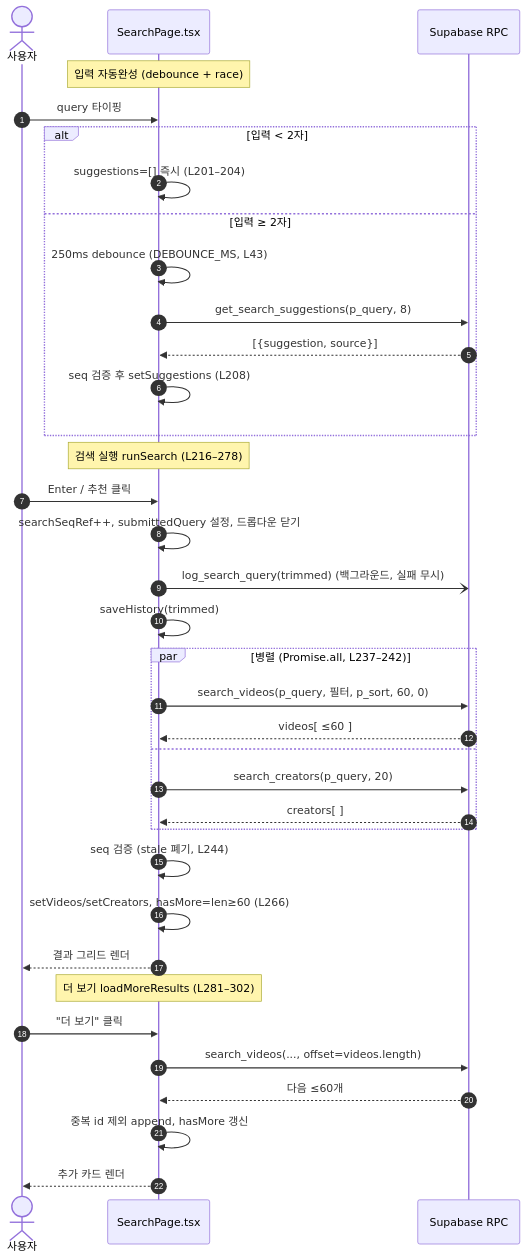
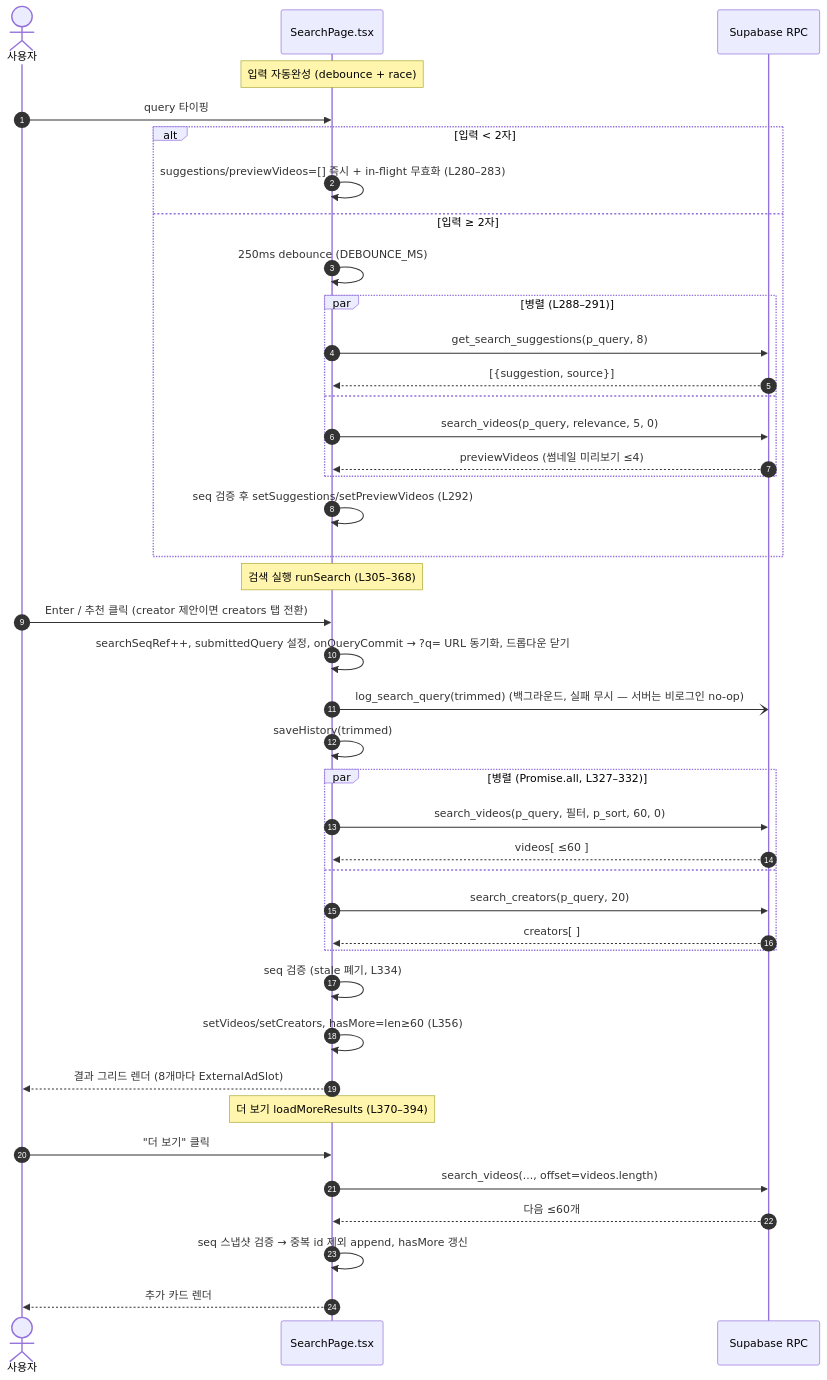
One commit to crebiz-commits/ai-v-market changed the first of 3 diagrams in docs/prd/04-search-detail-licensing.md. Above: the diagram before and after it, drawn with Mermaid. The commit also changed other lines of this file and 10 other files, not shown here.

````diff
--- a/docs/prd/04-search-detail-licensing.md
+++ b/docs/prd/04-search-detail-licensing.md
@@ -405,41 +463,46 @@
 ```mermaid
 sequenceDiagram
     autonumber
     actor U as 사용자
     participant SP as SearchPage.tsx
     participant RPC as Supabase RPC
 
     Note over SP: 입력 자동완성 (debounce + race)
     U->>SP: query 타이핑
     alt 입력 < 2자
-        SP->>SP: suggestions=[] 즉시 (L201–204)
+        SP->>SP: suggestions/previewVideos=[] 즉시 + in-flight 무효화 (L280–283)
     else 입력 ≥ 2자
-        SP->>SP: 250ms debounce (DEBOUNCE_MS, L43)
-        SP->>RPC: get_search_suggestions(p_query, 8)
-        RPC-->>SP: [{suggestion, source}]
-        SP->>SP: seq 검증 후 setSuggestions (L208)
+        SP->>SP: 250ms debounce (DEBOUNCE_MS)
+        par 병렬 (L288–291)
+            SP->>RPC: get_search_suggestions(p_query, 8)
+            RPC-->>SP: [{suggestion, source}]
+        and
+            SP->>RPC: search_videos(p_query, relevance, 5, 0)
+            RPC-->>SP: previewVideos (썸네일 미리보기 ≤4)
+        end
+        SP->>SP: seq 검증 후 setSuggestions/setPreviewVideos (L292)
     end
 
-    Note over SP: 검색 실행 runSearch (L216–278)
-    U->>SP: Enter / 추천 클릭
-    SP->>SP: searchSeqRef++, submittedQuery 설정, 드롭다운 닫기
-    SP-)RPC: log_search_query(trimmed) (백그라운드, 실패 무시)
+    Note over SP: 검색 실행 runSearch (L305–368)
+    U->>SP: Enter / 추천 클릭 (creator 제안이면 creators 탭 전환)
+    SP->>SP: searchSeqRef++, submittedQuery 설정, onQueryCommit → ?q= URL 동기화, 드롭다운 닫기
+    SP-)RPC: log_search_query(trimmed) (백그라운드, 실패 무시 — 서버는 비로그인 no-op)
     SP->>SP: saveHistory(trimmed)
-    par 병렬 (Promise.all, L237–242)
+    par 병렬 (Promise.all, L327–332)
         SP->>RPC: search_videos(p_query, 필터, p_sort, 60, 0)
         RPC-->>SP: videos[ ≤60 ]
     and
         SP->>RPC: search_creators(p_query, 20)
         RPC-->>SP: creators[ ]
     end
-    SP->>SP: seq 검증 (stale 폐기, L244)
-    SP->>SP: setVideos/setCreators, hasMore=len≥60 (L266)
-    SP-->>U: 결과 그리드 렌더
+    SP->>SP: seq 검증 (stale 폐기, L334)
+    SP->>SP: setVideos/setCreators, hasMore=len≥60 (L356)
+    SP-->>U: 결과 그리드 렌더 (8개마다 ExternalAdSlot)
 
-    Note over SP: 더 보기 loadMoreResults (L281–302)
+    Note over SP: 더 보기 loadMoreResults (L370–394)
     U->>SP: "더 보기" 클릭
     SP->>RPC: search_videos(..., offset=videos.length)
     RPC-->>SP: 다음 ≤60개
-    SP->>SP: 중복 id 제외 append, hasMore 갱신
+    SP->>SP: seq 스냅샷 검증 → 중복 id 제외 append, hasMore 갱신
     SP-->>U: 추가 카드 렌더
 ```
````
